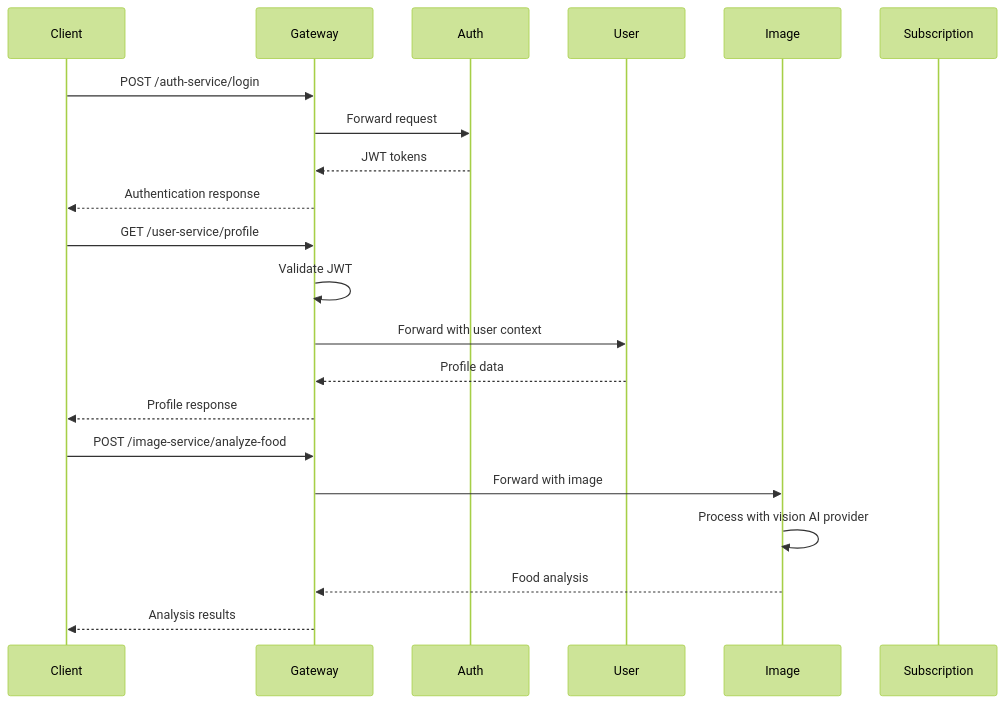
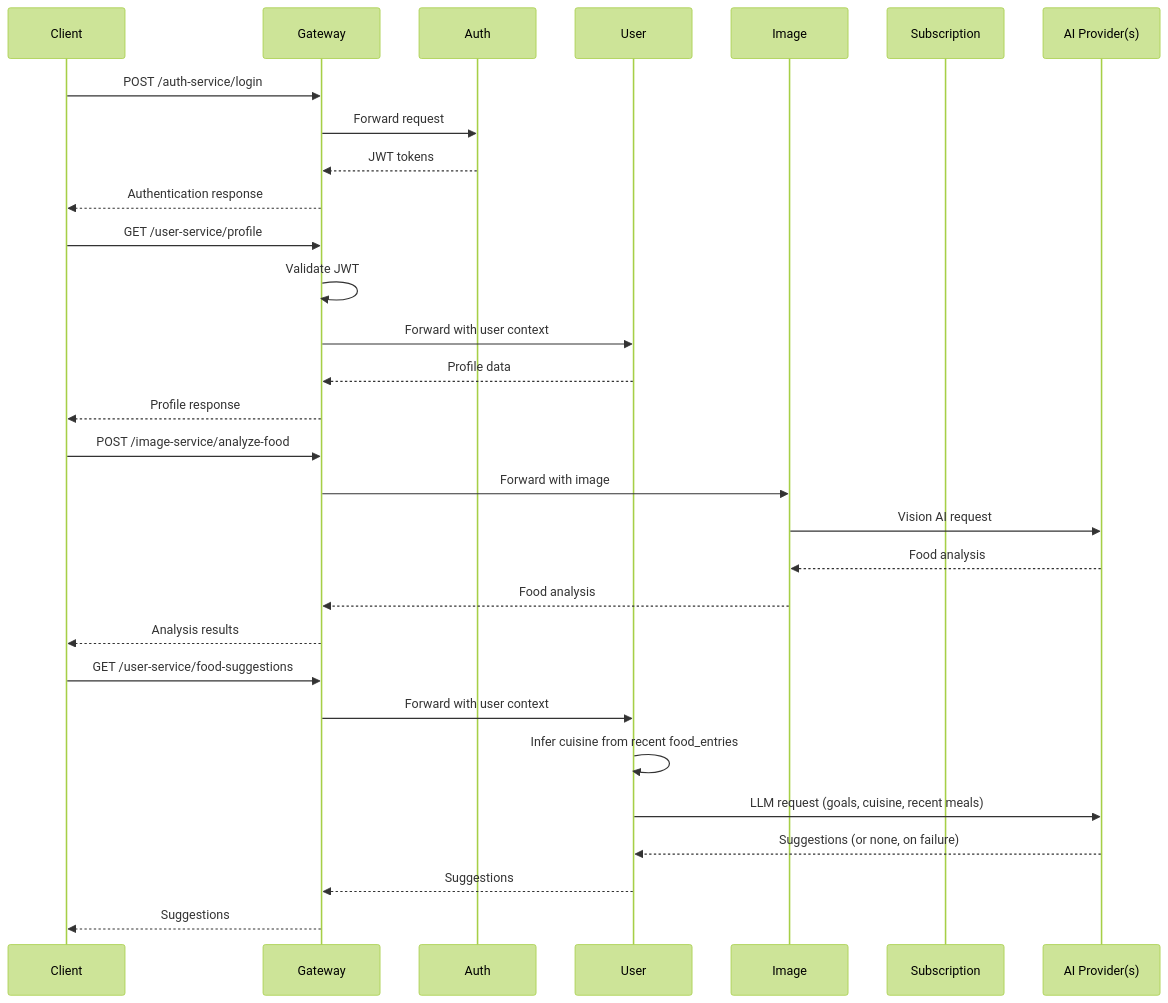
The second of 4 diagrams in README.md (Oladapo01/nourishgenie-docs), drawn with Mermaid (forest theme) before and after one commit. The commit also changed other lines of this file, not shown here.

First line of the commit message:
Enhance README with AI provider details and features

````diff
--- a/README.md
+++ b/README.md
@@ -290,26 +291,36 @@
 ```mermaid
 sequenceDiagram
     participant Client
     participant Gateway
     participant Auth
     participant User
     participant Image
     participant Subscription
+    participant AI as AI Provider(s)
     
     Client->>Gateway: POST /auth-service/login
     Gateway->>Auth: Forward request
     Auth-->>Gateway: JWT tokens
     Gateway-->>Client: Authentication response
     
     Client->>Gateway: GET /user-service/profile
     Gateway->>Gateway: Validate JWT
     Gateway->>User: Forward with user context
     User-->>Gateway: Profile data
     Gateway-->>Client: Profile response
     
     Client->>Gateway: POST /image-service/analyze-food
     Gateway->>Image: Forward with image
-    Image->>Image: Process with vision AI provider
+    Image->>AI: Vision AI request
+    AI-->>Image: Food analysis
     Image-->>Gateway: Food analysis
     Gateway-->>Client: Analysis results
+
+    Client->>Gateway: GET /user-service/food-suggestions
+    Gateway->>User: Forward with user context
+    User->>User: Infer cuisine from recent food_entries
+    User->>AI: LLM request (goals, cuisine, recent meals)
+    AI-->>User: Suggestions (or none, on failure)
+    User-->>Gateway: Suggestions
+    Gateway-->>Client: Suggestions
 ```
````
